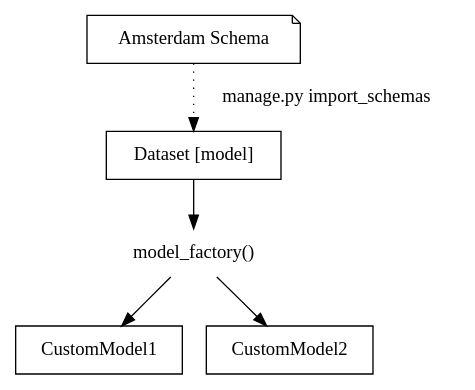
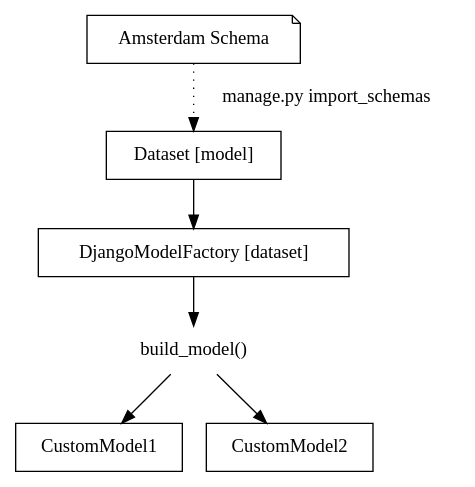
Before and after one commit to Amsterdam/dso-api: the first of 2 diagrams in dev-docs/source/dynamic_models.rst, drawn with Graphviz. The commit also changed other lines of this file and 7 other files, not shown here.

Commit message:
use DjangoModelFactory everywhere

```diff
--- a/dev-docs/source/dynamic_models.rst
+++ b/dev-docs/source/dynamic_models.rst
@@ -8,17 +8,19 @@
 .. graphviz::
 
     digraph foo {
 
       ams [label="Amsterdam Schema", shape=note]
 
       dataset [label="Dataset [model]" shape=box]
-      model_factory [label="model_factory()" shape=none]
+      factory [label="DjangoModelFactory [dataset]" shape=box]
+      build_model [label="build_model()" shape=none]
       custom1 [label="CustomModel1" shape=box]
       custom2 [label="CustomModel2" shape=box]
 
       ams -> dataset [style=dotted, label="manage.py import_schemas"]
-      dataset -> model_factory
-      model_factory -> custom1
-      model_factory -> custom2
+      dataset -> factory
+      factory -> build_model
+      build_model -> custom1
+      build_model -> custom2
 
     }
```
